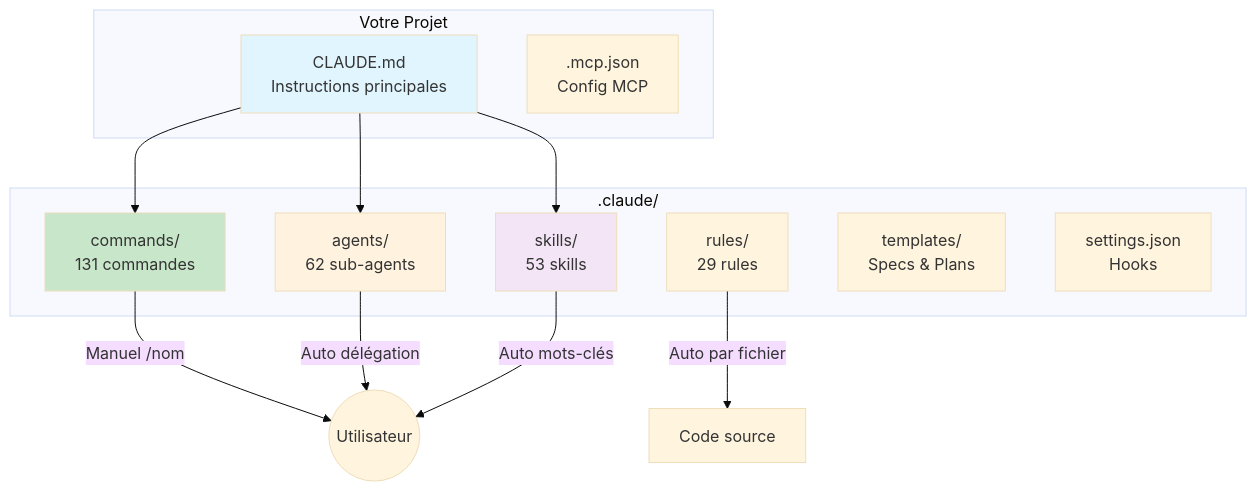
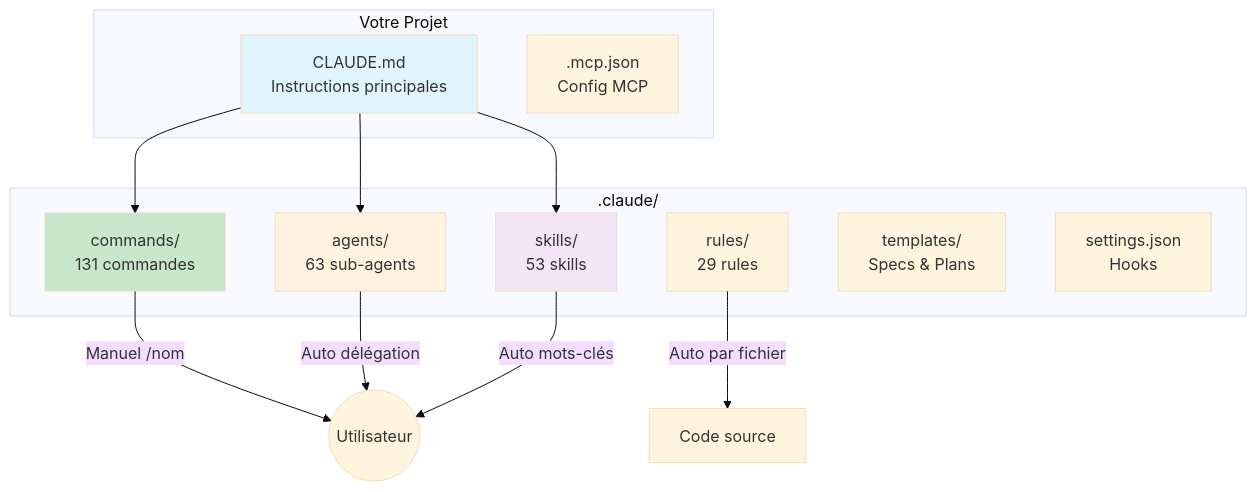
The first of 2 diagrams in website/docs/intro/architecture.md (christopherlouet/claude-base), drawn with Mermaid (base theme) before and after one commit. The commit also changed other lines of this file and 5 other files, not shown here.

````diff
--- a/website/docs/intro/architecture.md
+++ b/website/docs/intro/architecture.md
@@ -15,30 +15,30 @@
 ```mermaid
 graph TB
     subgraph "Votre Projet"
         CLAUDE[CLAUDE.md<br/>Instructions principales]
         MCP[.mcp.json<br/>Config MCP]
     end
 
     subgraph ".claude/"
         CMDS[commands/<br/>131 commandes]
-        AGENTS[agents/<br/>62 sub-agents]
+        AGENTS[agents/<br/>63 sub-agents]
         SKILLS[skills/<br/>53 skills]
         RULES[rules/<br/>29 rules]
         TPL[templates/<br/>Specs & Plans]
         SETTINGS[settings.json<br/>Hooks]
     end
 
     CLAUDE --> CMDS
     CLAUDE --> AGENTS
     CLAUDE --> SKILLS
 
     CMDS --> |"Manuel /nom"| USER((Utilisateur))
     AGENTS --> |"Auto délégation"| USER
     SKILLS --> |"Auto mots-clés"| USER
     RULES --> |"Auto par fichier"| CODE[Code source]
 
     style CLAUDE fill:#e1f5fe
     style CMDS fill:#c8e6c9
     style AGENTS fill:#fff3e0
     style SKILLS fill:#f3e5f5
 ```
````
